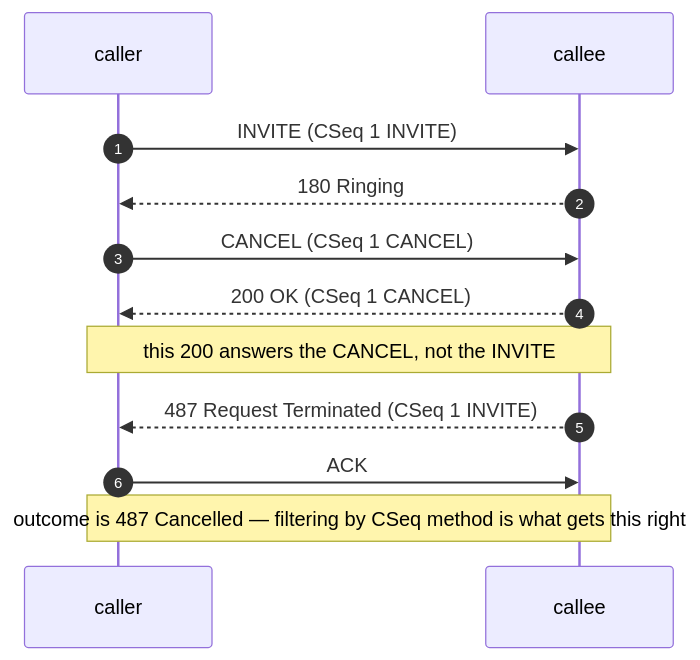
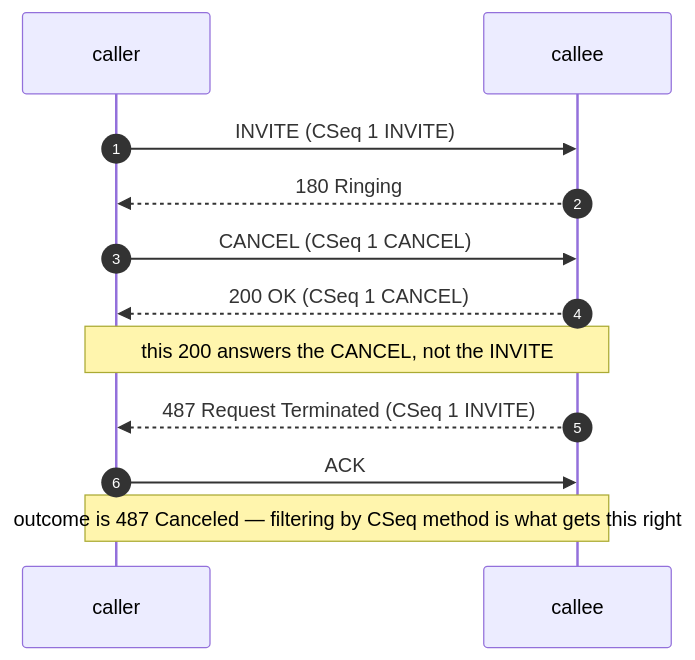
Before and after one commit to NormB/sipnab: the fourth of 6 diagrams in docs/internals/domain-primer.md, drawn with Mermaid. The commit also changed other lines of this file and 281 other files, not shown here.

````diff
--- a/docs/internals/domain-primer.md
+++ b/docs/internals/domain-primer.md
@@ -192,15 +192,15 @@
 ```mermaid
 sequenceDiagram
     autonumber
     participant UAC as caller
     participant UAS as callee
 
     UAC->>UAS: INVITE (CSeq 1 INVITE)
     UAS-->>UAC: 180 Ringing
     UAC->>UAS: CANCEL (CSeq 1 CANCEL)
     UAS-->>UAC: 200 OK (CSeq 1 CANCEL)
     Note over UAC,UAS: this 200 answers the CANCEL, not the INVITE
     UAS-->>UAC: 487 Request Terminated (CSeq 1 INVITE)
     UAC->>UAS: ACK
-    Note over UAC,UAS: outcome is 487 Cancelled — filtering by CSeq method is what gets this right
+    Note over UAC,UAS: outcome is 487 Canceled — filtering by CSeq method is what gets this right
 ```
````
